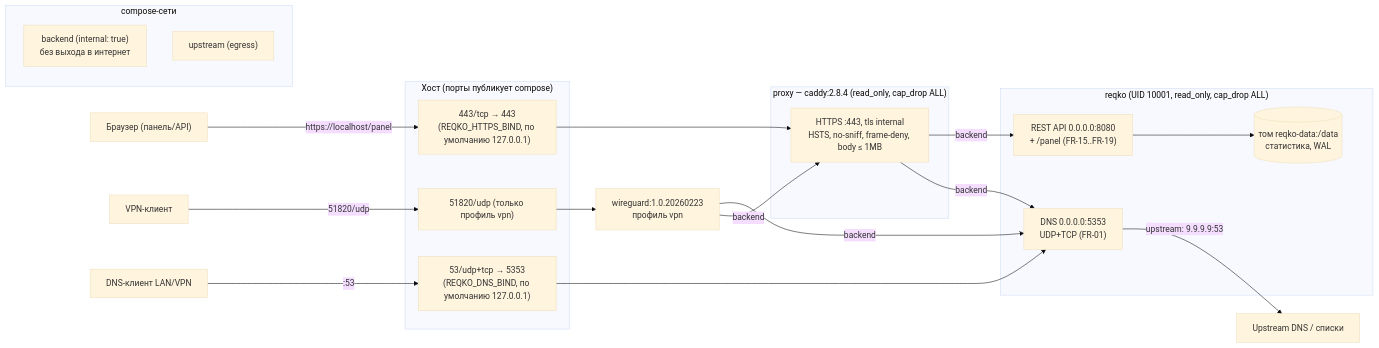
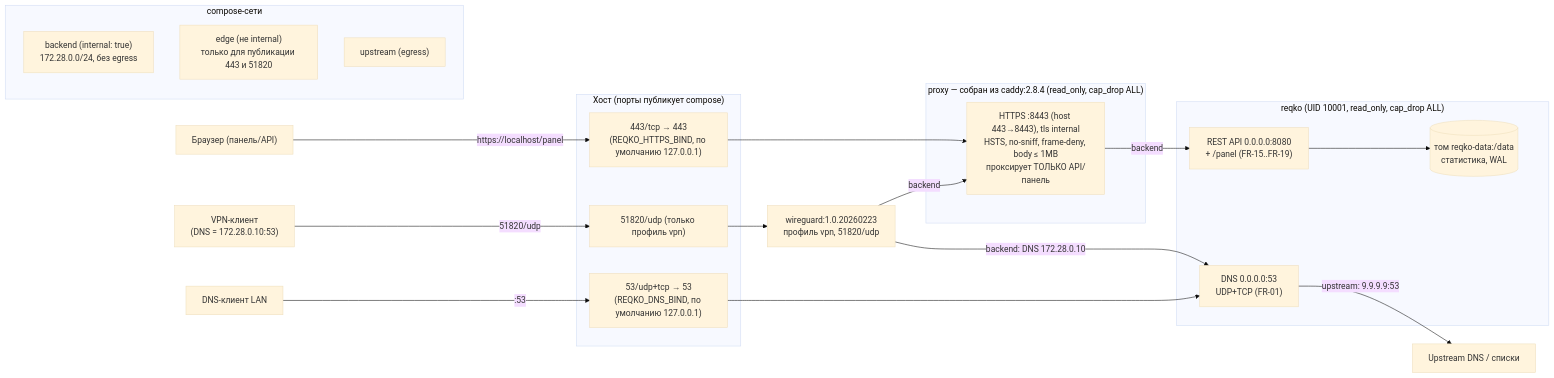
One commit to mimircore/ph-reqKO changed the diagram in docs/06-implementation.md. Above: the diagram before and after it, drawn with Mermaid (base theme). The commit also changed other lines of this file and 2 other files, not shown here.

````diff
--- a/docs/06-implementation.md
+++ b/docs/06-implementation.md
@@ -43,34 +48,35 @@
 ```mermaid
 flowchart LR
     subgraph Host["Хост (порты публикует compose)"]
-        H53["53/udp+tcp → 5353<br/>(REQKO_DNS_BIND, по умолчанию 127.0.0.1)"]
+        H53["53/udp+tcp → 53<br/>(REQKO_DNS_BIND, по умолчанию 127.0.0.1)"]
         H443["443/tcp → 443<br/>(REQKO_HTTPS_BIND, по умолчанию 127.0.0.1)"]
         H51820["51820/udp (только профиль vpn)"]
     end
 
     subgraph ComposeNet["compose-сети"]
-        Backend["backend (internal: true)<br/>без выхода в интернет"]
+        Backend["backend (internal: true)<br/>172.28.0.0/24, без egress"]
+        Edge["edge (не internal)<br/>только для публикации 443 и 51820"]
         Upstream["upstream (egress)"]
     end
 
     subgraph ReqkoContainer["reqko (UID 10001, read_only, cap_drop ALL)"]
-        DNS["DNS 0.0.0.0:5353<br/>UDP+TCP (FR-01)"]
+        DNS["DNS 0.0.0.0:53<br/>UDP+TCP (FR-01)"]
         API["REST API 0.0.0.0:8080<br/>+ /panel (FR-15..FR-19)"]
         Data[("том reqko-data:/data<br/>статистика, WAL")]
     end
 
-    subgraph ProxyContainer["proxy — caddy:2.8.4 (read_only, cap_drop ALL)"]
-        TLS["HTTPS :443, tls internal<br/>HSTS, no-sniff, frame-deny, body ≤ 1MB"]
+    subgraph ProxyContainer["proxy — собран из caddy:2.8.4 (read_only, cap_drop ALL)"]
+        TLS["HTTPS :8443 (host 443→8443), tls internal<br/>HSTS, no-sniff, frame-deny, body ≤ 1MB<br/>проксирует ТОЛЬКО API/панель"]
     end
 
-    WG["wireguard:1.0.20260223<br/>профиль vpn"]
+    WG["wireguard:1.0.20260223<br/>профиль vpn, 51820/udp"]
 
-    Client["DNS-клиент LAN/VPN"] -->|":53"| H53 --> DNS
-    Browser["Браузер (панель/API)"] -->|"https://localhost/panel"| H443 --> TLS -->|"backend"| API
-    TLS -->|"backend"| DNS
+    Client["DNS-клиент LAN"] -->|":53"| H53 --> DNS
+    Browser["Браузер (панель/API)"] -->|"https://localhost/panel"| H443 --> TLS
+    TLS -->|"backend"| API
+    API --> Data
     DNS -->|"upstream: 9.9.9.9:53"| Internet["Upstream DNS / списки"]
-    API --> Data
-    VPNClient["VPN-клиент"] -->|"51820/udp"| H51820 --> WG
-    WG -->|"backend"| DNS
+    VPNClient["VPN-клиент<br/>(DNS = 172.28.0.10:53)"] -->|"51820/udp"| H51820 --> WG
+    WG -->|"backend: DNS 172.28.0.10"| DNS
     WG -->|"backend"| TLS
 ```
````
